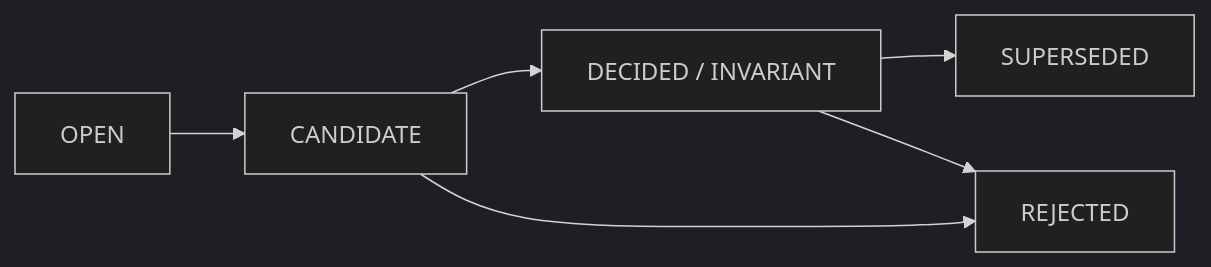
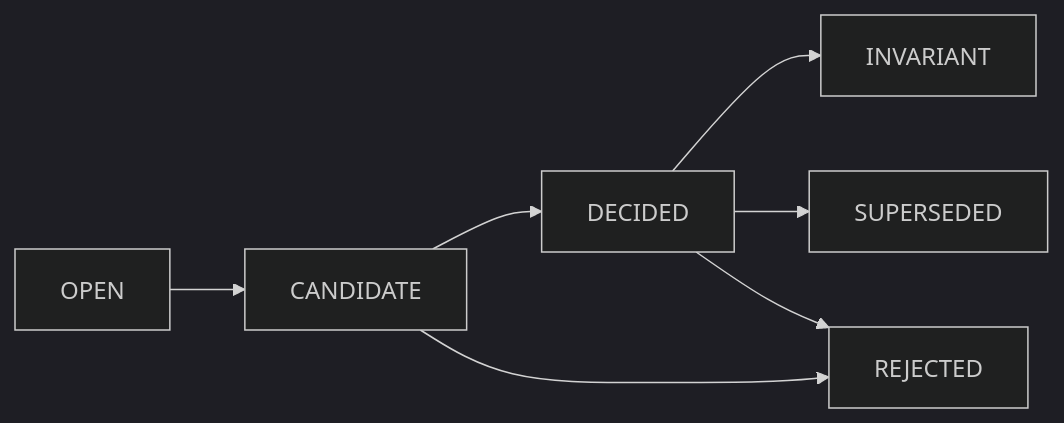
Before and after one commit to ZeroMatrixTech/ACLt: the diagram in docs/README.md, drawn with Mermaid (dark theme). The commit also changed other lines of this file and 22 other files, not shown here.

````diff
--- a/docs/README.md
+++ b/docs/README.md
@@ -102,8 +121,9 @@
 ```mermaid
 flowchart LR
     O["OPEN"] --> C["CANDIDATE"]
-    C --> D["DECIDED / INVARIANT"]
+    C --> D["DECIDED"]
+    D --> I["INVARIANT"]
     C --> R["REJECTED"]
     D --> S["SUPERSEDED"]
     D --> R
 ```
````
